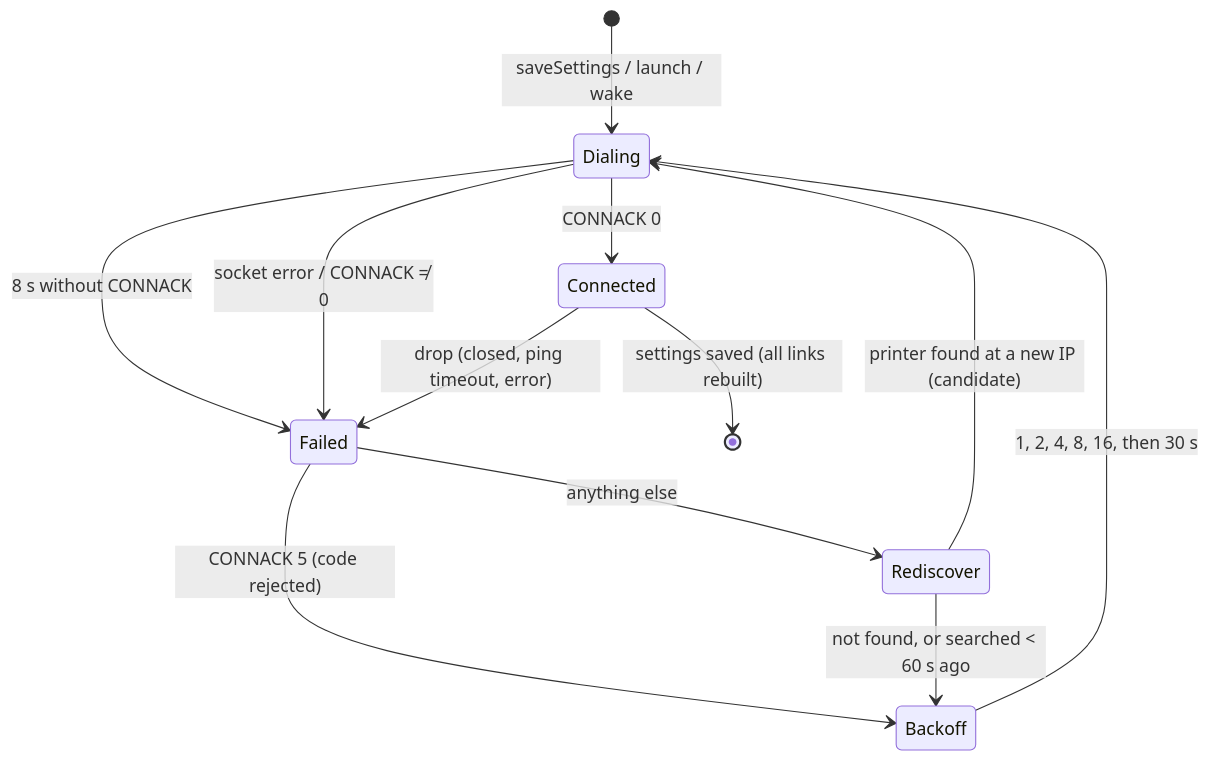
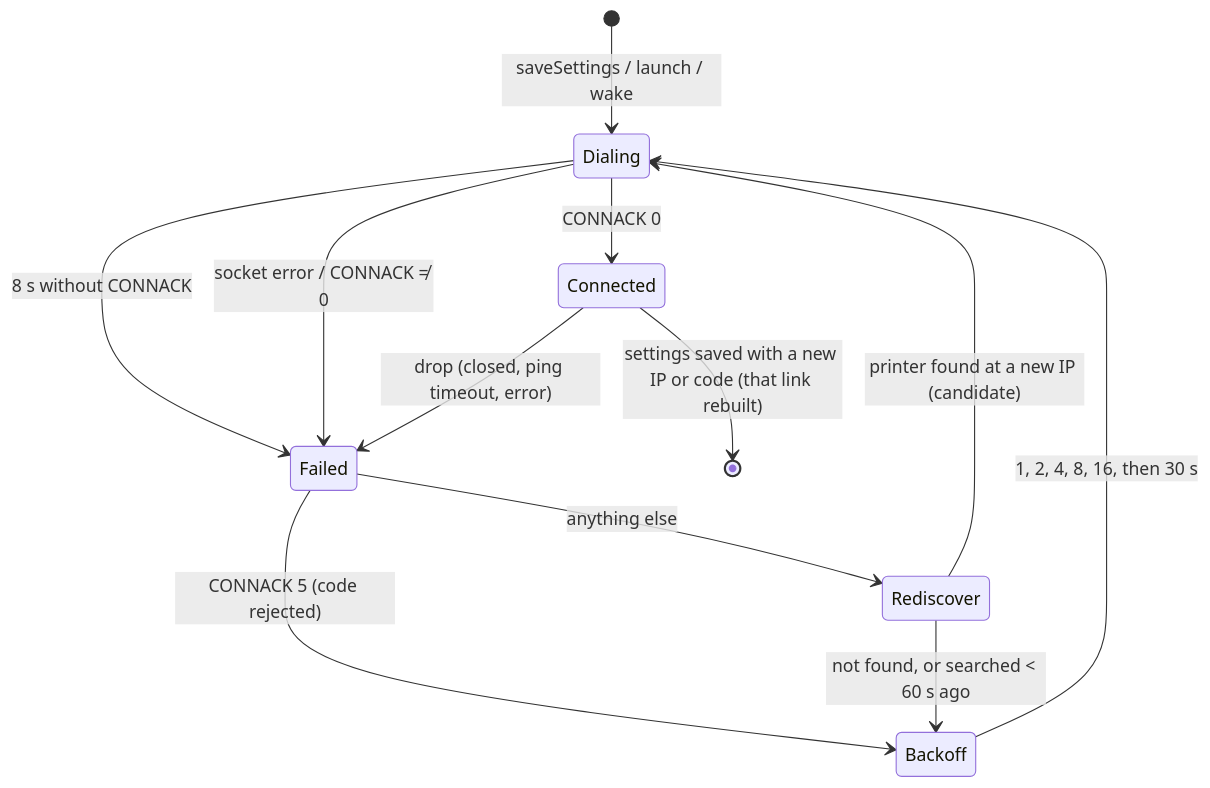
One commit to talic/PrintGlance changed the second of 2 diagrams in docs/ARCHITECTURE.md. Above: the diagram before and after it, drawn with Mermaid. The commit also changed other lines of this file and 35 other files, not shown here.

First line of the commit message:
fix: act on the logic and data-flow review (#78)

````diff
--- a/docs/ARCHITECTURE.md
+++ b/docs/ARCHITECTURE.md
@@ -154,14 +154,14 @@
 ```mermaid
 stateDiagram-v2
     [*] --> Dialing: saveSettings / launch / wake
     Dialing --> Connected: CONNACK 0
     Dialing --> Failed: 8 s without CONNACK
     Dialing --> Failed: socket error / CONNACK ≠ 0
     Connected --> Failed: drop (closed, ping timeout, error)
     Failed --> Backoff: CONNACK 5 (code rejected)
     Failed --> Rediscover: anything else
     Rediscover --> Dialing: printer found at a new IP (candidate)
     Rediscover --> Backoff: not found, or searched < 60 s ago
     Backoff --> Dialing: 1, 2, 4, 8, 16, then 30 s
-    Connected --> [*]: settings saved (all links rebuilt)
+    Connected --> [*]: settings saved with a new IP or code (that link rebuilt)
 ```
````
